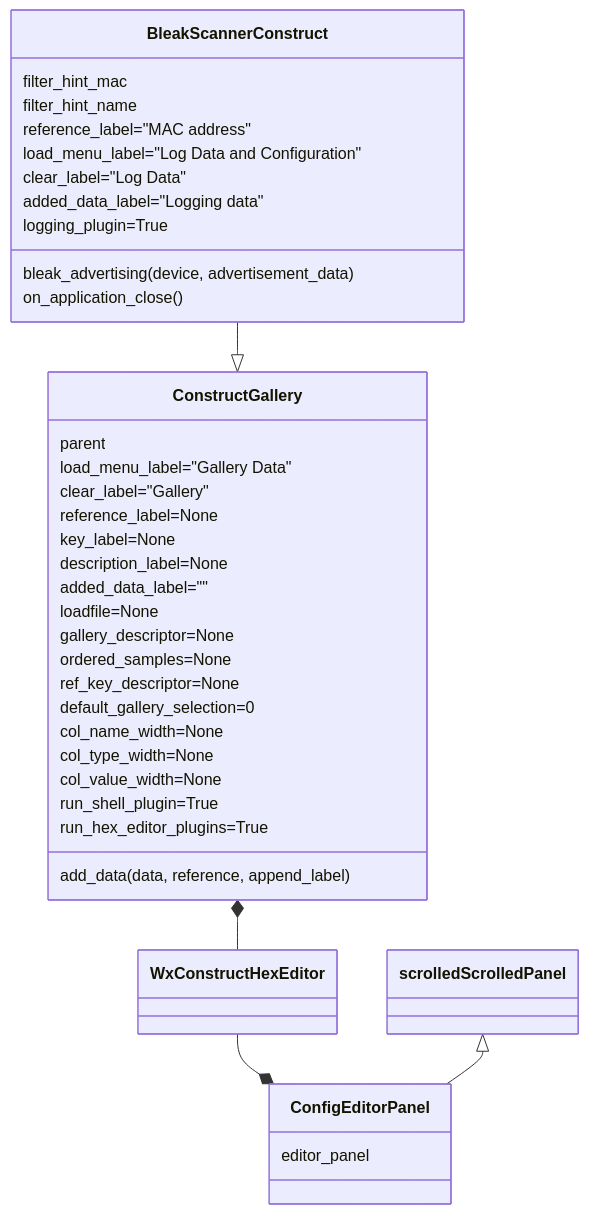
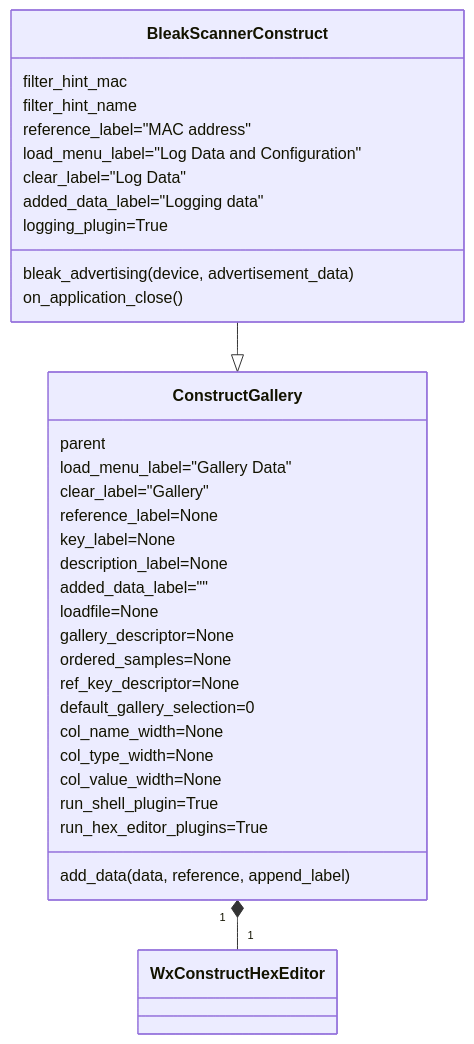
One commit to Ircama/construct-gallery changed the first of 3 diagrams in README.md. Above: the diagram before and after it, drawn with Mermaid. The commit also changed other lines of this file, not shown here.

````diff
--- a/README.md
+++ b/README.md
@@ -360,47 +360,41 @@
 ```mermaid
 classDiagram
     BleakScannerConstruct --|> ConstructGallery
-    ConstructGallery *-- WxConstructHexEditor
-    WxConstructHexEditor --* ConfigEditorPanel
-    scrolledScrolledPanel <|-- ConfigEditorPanel
-
-    class ConfigEditorPanel{
-        editor_panel
-    }
+    ConstructGallery "1" *-- "1" WxConstructHexEditor
 
     class BleakScannerConstruct{
         filter_hint_mac
         filter_hint_name
         reference_label="MAC address"
         load_menu_label="Log Data and Configuration"
         clear_label="Log Data"
         added_data_label="Logging data"
         logging_plugin=True
 
         bleak_advertising(device, advertisement_data)
         on_application_close()
     }
 
     class ConstructGallery{
         parent
 
         load_menu_label="Gallery Data"
         clear_label="Gallery"
         reference_label=None
         key_label=None
         description_label=None
         added_data_label=""
         loadfile=None
         gallery_descriptor=None
         ordered_samples=None
         ref_key_descriptor=None
         default_gallery_selection=0
         col_name_width=None
         col_type_width=None
         col_value_width=None
         run_shell_plugin=True
         run_hex_editor_plugins=True
 
         add_data(data, reference, append_label)
     }
 ```
````
